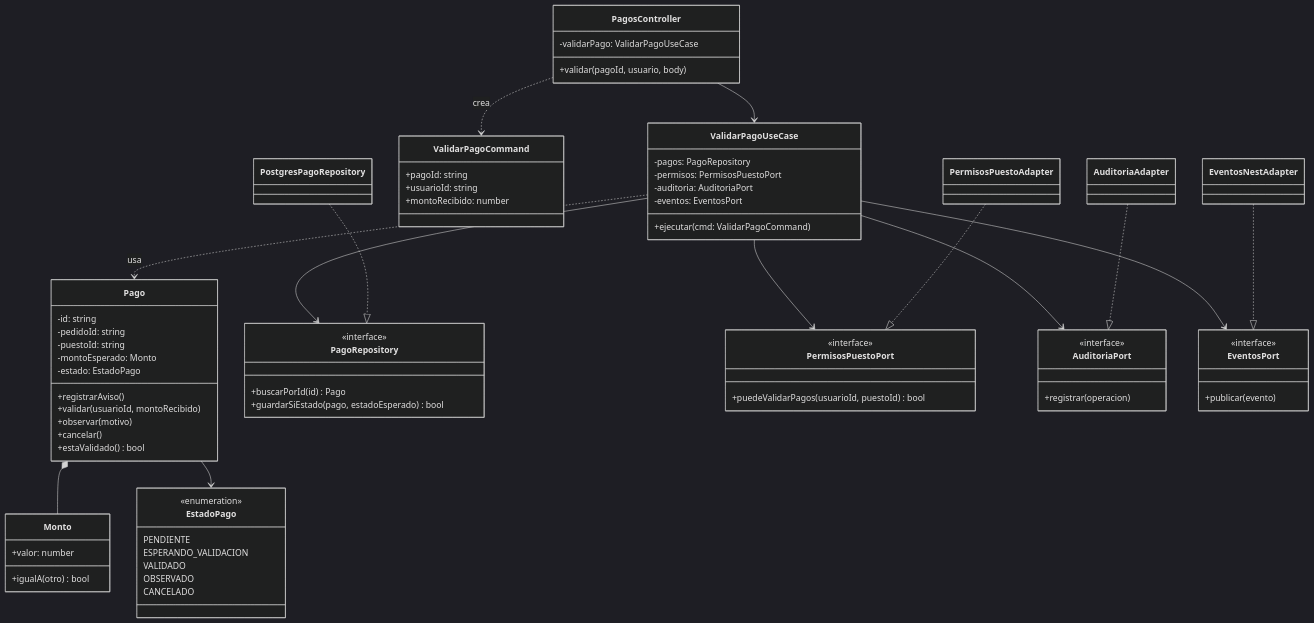
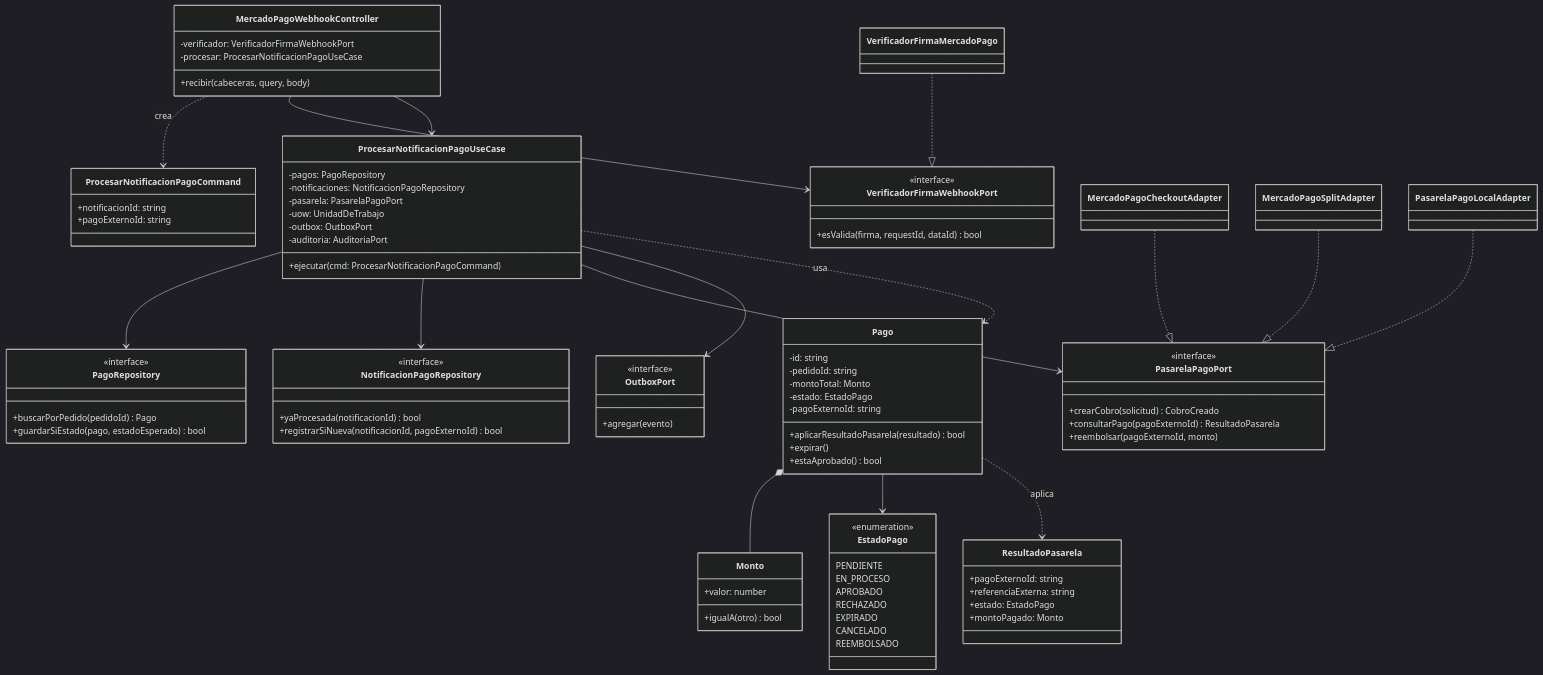
The second of 3 diagrams in docs/03-diseño-de-software/diseño-interno/diseño-interno-de-modulos.md (DheanFernandez/mercado-multivendedor), drawn with Mermaid (dark theme) before and after one commit. The commit also changed other lines of this file and 24 other files, not shown here.

Commit message:
docs: refactorizar estilo a monolito modular e integrar pago unico con Mercado Pago

````diff
--- a/docs/03-diseño-de-software/diseño-interno/diseño-interno-de-modulos.md
+++ b/docs/03-diseño-de-software/diseño-interno/diseño-interno-de-modulos.md
@@ -131,32 +169,38 @@
 ```mermaid
 classDiagram
-    class PagosController {
-        -validarPago: ValidarPagoUseCase
-        +validar(pagoId, usuario, body)
+    class MercadoPagoWebhookController {
+        -verificador: VerificadorFirmaWebhookPort
+        -procesar: ProcesarNotificacionPagoUseCase
+        +recibir(cabeceras, query, body)
     }
-    class ValidarPagoUseCase {
+    class ProcesarNotificacionPagoUseCase {
         -pagos: PagoRepository
-        -permisos: PermisosPuestoPort
+        -notificaciones: NotificacionPagoRepository
+        -pasarela: PasarelaPagoPort
+        -uow: UnidadDeTrabajo
+        -outbox: OutboxPort
         -auditoria: AuditoriaPort
-        -eventos: EventosPort
-        +ejecutar(cmd: ValidarPagoCommand)
+        +ejecutar(cmd: ProcesarNotificacionPagoCommand)
     }
-    class ValidarPagoCommand {
-        +pagoId: string
-        +usuarioId: string
-        +montoRecibido: number
+    class ProcesarNotificacionPagoCommand {
+        +notificacionId: string
+        +pagoExternoId: string
     }
     class Pago {
         -id: string
         -pedidoId: string
-        -puestoId: string
-        -montoEsperado: Monto
+        -montoTotal: Monto
         -estado: EstadoPago
-        +registrarAviso()
-        +validar(usuarioId, montoRecibido)
-        +observar(motivo)
-        +cancelar()
-        +estaValidado() bool
+        -pagoExternoId: string
+        +aplicarResultadoPasarela(resultado) bool
+        +expirar()
+        +estaAprobado() bool
+    }
+    class ResultadoPasarela {
+        +pagoExternoId: string
+        +referenciaExterna: string
+        +estado: EstadoPago
+        +montoPagado: Monto
     }
     class Monto {
         +valor: number
@@ -165,44 +209,55 @@
     class EstadoPago {
         <<enumeration>>
         PENDIENTE
-        ESPERANDO_VALIDACION
-        VALIDADO
-        OBSERVADO
+        EN_PROCESO
+        APROBADO
+        RECHAZADO
+        EXPIRADO
         CANCELADO
+        REEMBOLSADO
+    }
+    class PasarelaPagoPort {
+        <<interface>>
+        +crearCobro(solicitud) CobroCreado
+        +consultarPago(pagoExternoId) ResultadoPasarela
+        +reembolsar(pagoExternoId, monto)
+    }
+    class VerificadorFirmaWebhookPort {
+        <<interface>>
+        +esValida(firma, requestId, dataId) bool
+    }
+    class NotificacionPagoRepository {
+        <<interface>>
+        +yaProcesada(notificacionId) bool
+        +registrarSiNueva(notificacionId, pagoExternoId) bool
     }
     class PagoRepository {
         <<interface>>
-        +buscarPorId(id) Pago
+        +buscarPorPedido(pedidoId) Pago
         +guardarSiEstado(pago, estadoEsperado) bool
     }
-    class PermisosPuestoPort {
+    class OutboxPort {
         <<interface>>
-        +puedeValidarPagos(usuarioId, puestoId) bool
+        +agregar(evento)
     }
-    class AuditoriaPort {
-        <<interface>>
-        +registrar(operacion)
-    }
-    class EventosPort {
-        <<interface>>
-        +publicar(evento)
-    }
-    class PostgresPagoRepository
-    class PermisosPuestoAdapter
-    class AuditoriaAdapter
-    class EventosNestAdapter
+    class MercadoPagoCheckoutAdapter
+    class MercadoPagoSplitAdapter
+    class PasarelaPagoLocalAdapter
+    class VerificadorFirmaMercadoPago
 
-    PagosController ..> ValidarPagoCommand : crea
-    PagosController --> ValidarPagoUseCase
-    ValidarPagoUseCase --> PagoRepository
-    ValidarPagoUseCase --> PermisosPuestoPort
-    ValidarPagoUseCase --> AuditoriaPort
-    ValidarPagoUseCase --> EventosPort
-    ValidarPagoUseCase ..> Pago : usa
+    MercadoPagoWebhookController ..> ProcesarNotificacionPagoCommand : crea
+    MercadoPagoWebhookController --> VerificadorFirmaWebhookPort
+    MercadoPagoWebhookController --> ProcesarNotificacionPagoUseCase
+    ProcesarNotificacionPagoUseCase --> PagoRepository
+    ProcesarNotificacionPagoUseCase --> NotificacionPagoRepository
+    ProcesarNotificacionPagoUseCase --> PasarelaPagoPort
+    ProcesarNotificacionPagoUseCase --> OutboxPort
+    ProcesarNotificacionPagoUseCase ..> Pago : usa
     Pago *-- Monto
     Pago --> EstadoPago
-    PostgresPagoRepository ..|> PagoRepository
-    PermisosPuestoAdapter ..|> PermisosPuestoPort
-    AuditoriaAdapter ..|> AuditoriaPort
-    EventosNestAdapter ..|> EventosPort
+    Pago ..> ResultadoPasarela : aplica
+    MercadoPagoCheckoutAdapter ..|> PasarelaPagoPort
+    MercadoPagoSplitAdapter ..|> PasarelaPagoPort
+    PasarelaPagoLocalAdapter ..|> PasarelaPagoPort
+    VerificadorFirmaMercadoPago ..|> VerificadorFirmaWebhookPort
 ```
````
